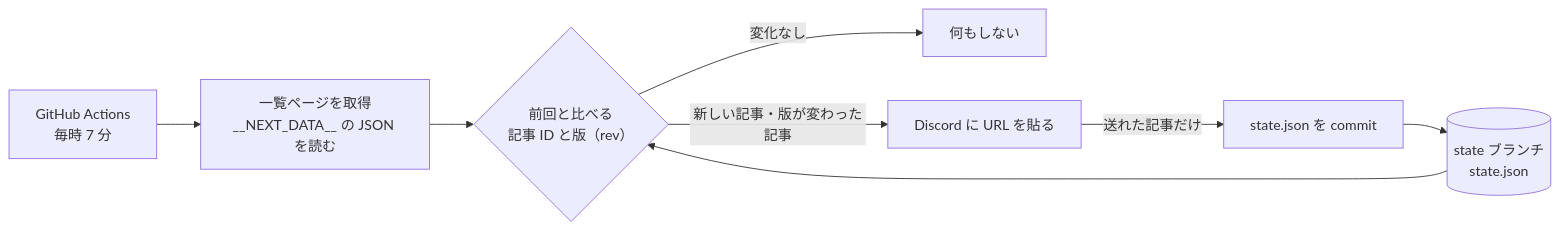
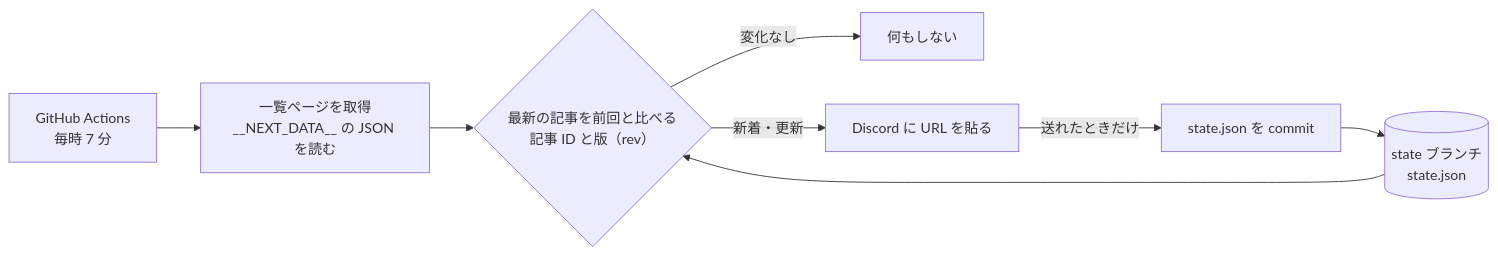
The diagram in README.md (a-a81/lol-patch-notes-watch), drawn with Mermaid before and after one commit. The commit also changed other lines of this file and 10 other files, not shown here.

````diff
--- a/README.md
+++ b/README.md
@@ -16,10 +16,10 @@
 ```mermaid
 flowchart LR
     cron["GitHub Actions<br>毎時 7 分"] --> fetch["一覧ページを取得<br>__NEXT_DATA__ の JSON を読む"]
     state[("state ブランチ<br>state.json")] --> compare
-    fetch --> compare{"前回と比べる<br>記事 ID と版（rev）"}
+    fetch --> compare{"最新の記事を前回と比べる<br>記事 ID と版（rev）"}
     compare -- 変化なし --> done["何もしない"]
-    compare -- 新しい記事・版が変わった記事 --> post["Discord に URL を貼る"]
-    post -- 送れた記事だけ --> save["state.json を commit"]
+    compare -- 新着・更新 --> post["Discord に URL を貼る"]
+    post -- 送れたときだけ --> save["state.json を commit"]
     save --> state
 ```
````
